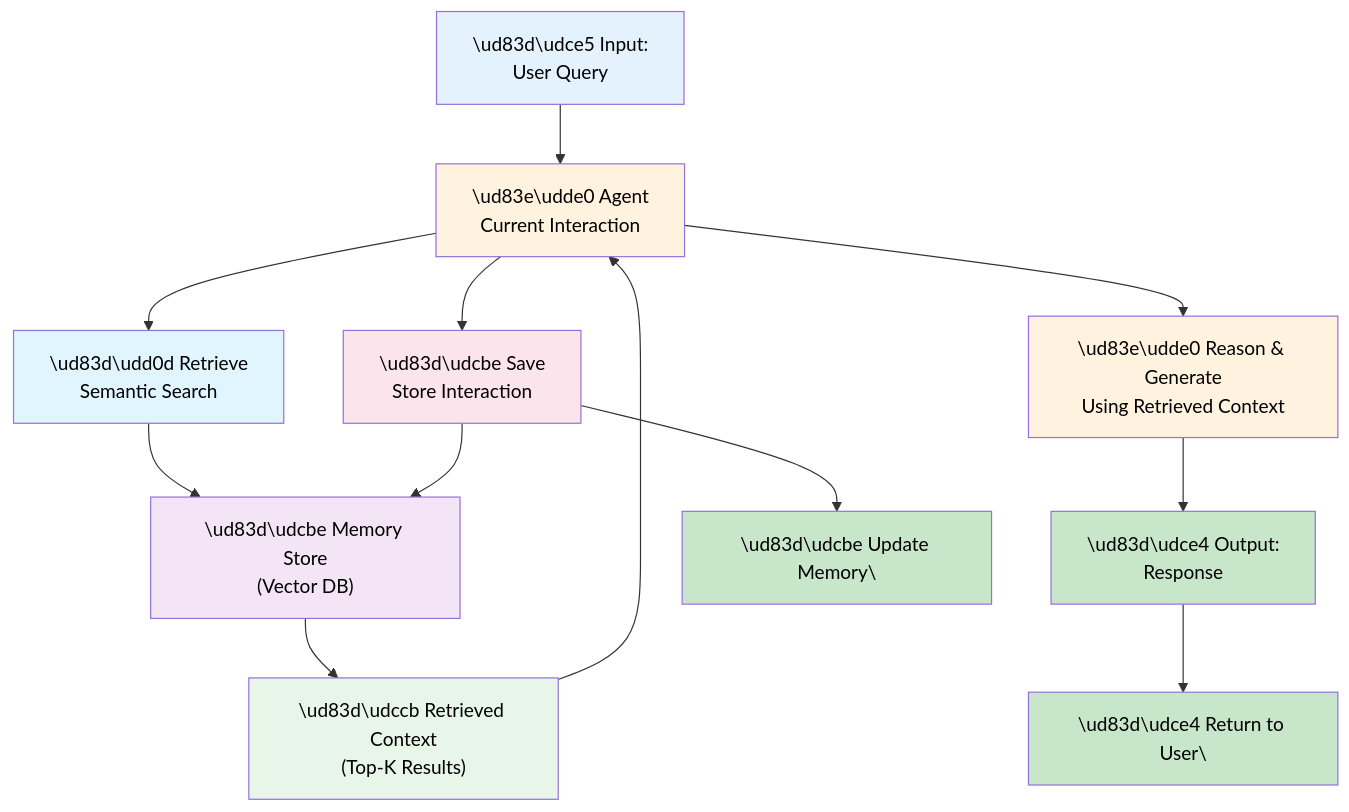
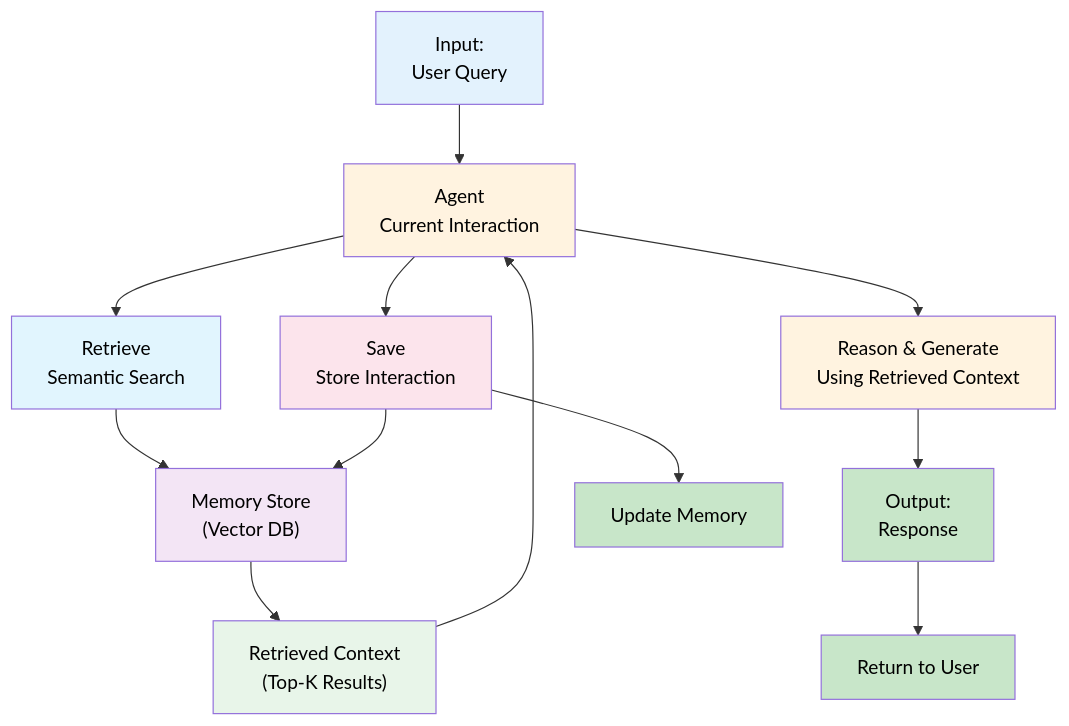
Before and after one commit to falila/ai-agent-engineering-playbook: the diagram in docs/10-memory.md, drawn with Mermaid. The commit also changed 2 other files, not shown here.

Commit message:
chore: update documentation and README

````diff
--- a/docs/10-memory.md
+++ b/docs/10-memory.md
@@ -17,34 +17,34 @@
 ```mermaid
 graph TD
-    Agent["\ud83e\udde0 Agent<br/>Current Interaction"]
+    Agent["Agent<br/>Current Interaction"]
     
-    Input["\ud83d\udce5 Input:<br/>User Query"]
+    Input["Input:<br/>User Query"]
     
     Input --> Agent
     
-    Agent --> Retrieve["\ud83d\udd0d Retrieve<br/>Semantic Search"]
-    Retrieve --> MemStore["\ud83d\udcbe Memory Store<br/>(Vector DB)"]
-    MemStore --> Context["\ud83d\udccb Retrieved Context<br/>(Top-K Results)"]
+    Agent --> Retrieve[" Retrieve<br/>Semantic Search"]
+    Retrieve --> MemStore["Memory Store<br/>(Vector DB)"]
+    MemStore --> Context["Retrieved Context<br/>(Top-K Results)"]
     
     Context --> Agent
     
-    Agent --> Generate["\ud83e\udde0 Reason & Generate<br/>Using Retrieved Context"]
-    Generate --> Output["\ud83d\udce4 Output:<br/>Response"]
+    Agent --> Generate["Reason & Generate<br/>Using Retrieved Context"]
+    Generate --> Output["Output:<br/>Response"]
     
-    Agent --> Save["\ud83d\udcbe Save<br/>Store Interaction"]
+    Agent --> Save["Save<br/>Store Interaction"]
     Save --> MemStore
     
-    Output --> Output_End["\ud83d\udce4 Return to User\"]
-    Save --> Memory_Store_End["\ud83d\udcbe Update Memory\"]
+    Output --> Output_End["Return to User"]
+    Save --> Memory_Store_End["Update Memory"]
     
     style Agent fill:#fff3e0,color:#000000
     style Input fill:#e3f2fd,color:#000000
     style Retrieve fill:#e1f5fe,color:#000000
     style MemStore fill:#f3e5f5,color:#000000
     style Context fill:#e8f5e9,color:#000000
     style Generate fill:#fff3e0,color:#000000
     style Output fill:#c8e6c9,color:#000000
     style Save fill:#fce4ec,color:#000000
     style Output_End fill:#c8e6c9,color:#000000
     style Memory_Store_End fill:#c8e6c9,color:#000000
 ```
````
